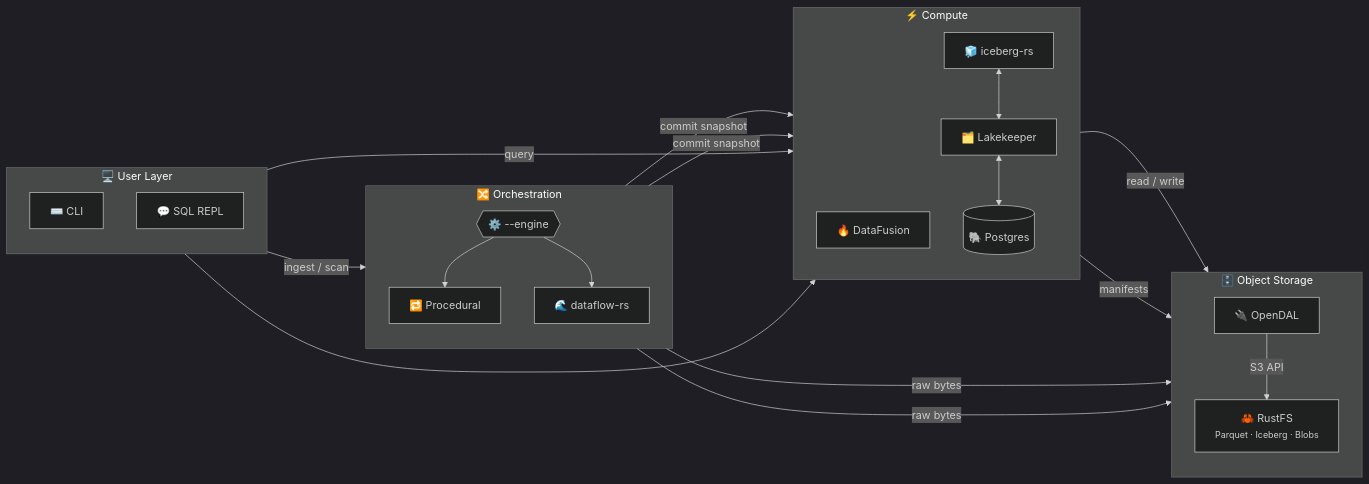
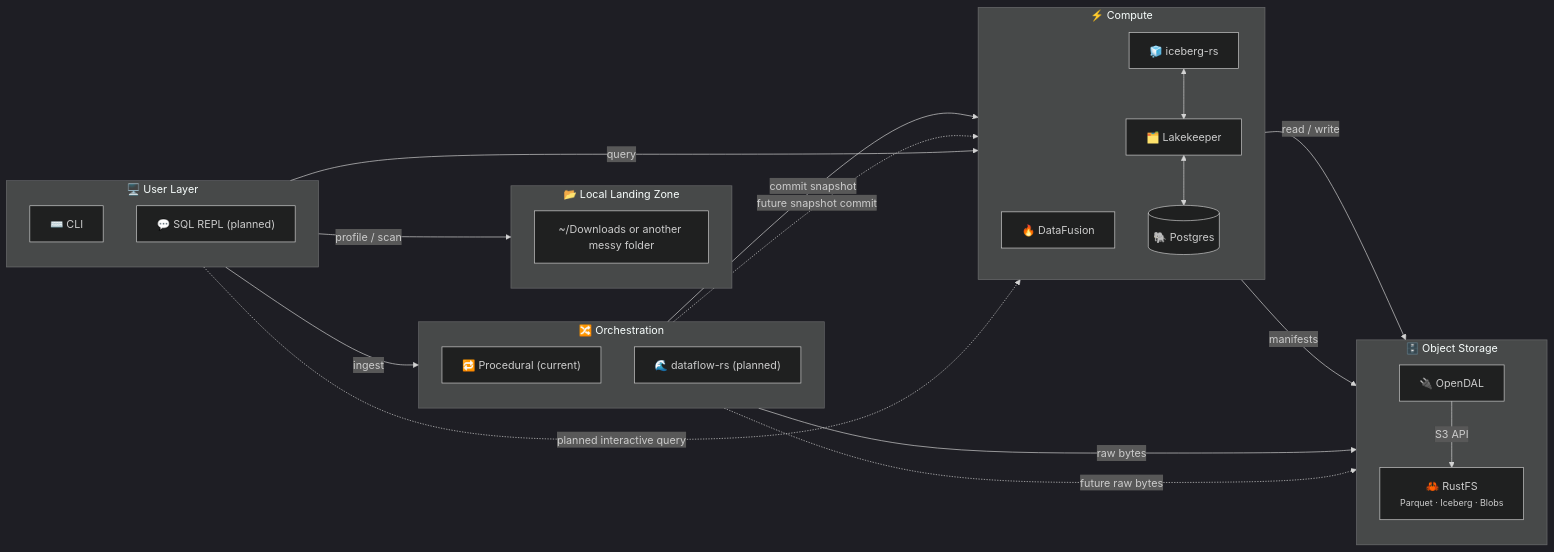
One commit to sm4rtm4art/anti_entropator changed the diagram in README.md. Above: the diagram before and after it, drawn with Mermaid (dark theme). The commit also changed other lines of this file and 7 other files, not shown here.

````diff
--- a/README.md
+++ b/README.md
@@ -33,42 +59,48 @@
 ```mermaid
 flowchart LR
     subgraph UL["🖥️  User Layer"]
         direction TB
         CLI["⌨️  CLI"]
-        REPL["💬  SQL REPL"]
+        REPL["💬  SQL REPL (planned)"]
+    end
+
+    subgraph LZ["📂  Local Landing Zone"]
+        direction TB
+        DL["~/Downloads or another messy folder"]
     end
 
     subgraph OR["🔀  Orchestration"]
         direction TB
-        SWITCH{{"⚙️  --engine"}}
-        PROC["🔁  Procedural"]
-        DFRS["🌊  dataflow-rs"]
-        SWITCH --> PROC & DFRS
+        PROC["🔁  Procedural (current)"]
+        DFRS["🌊  dataflow-rs (planned)"]
     end
 
     subgraph CP["⚡  Compute"]
         direction TB
         DF["🔥  DataFusion"]
         ICE["🧊  iceberg-rs"]
         CAT["🗂️  Lakekeeper"]
         PG[("🐘  Postgres")]
         ICE <--> CAT <--> PG
     end
 
     subgraph ST["🗄️  Object Storage"]
         direction TB
         IO["🔌  OpenDAL"]
         RFS["🦀  RustFS<br/><small>Parquet · Iceberg · Blobs</small>"]
         IO -->|S3 API| RFS
     end
 
-    CLI -->|"ingest / scan"| SWITCH
+    CLI -->|"profile / scan"| DL
+    CLI -->|"ingest"| PROC
     CLI -->|query| DF
-    REPL --> DF
+    REPL -. "planned interactive query" .-> DF
 
-    PROC & DFRS -->|"raw bytes"| IO
-    PROC & DFRS -->|"commit snapshot"| ICE
+    PROC -->|"raw bytes"| IO
+    PROC -->|"commit snapshot"| ICE
+    DFRS -. "future raw bytes" .-> IO
+    DFRS -. "future snapshot commit" .-> ICE
 
     DF -->|"read / write"| IO
     ICE -->|manifests| IO
 ```
````
